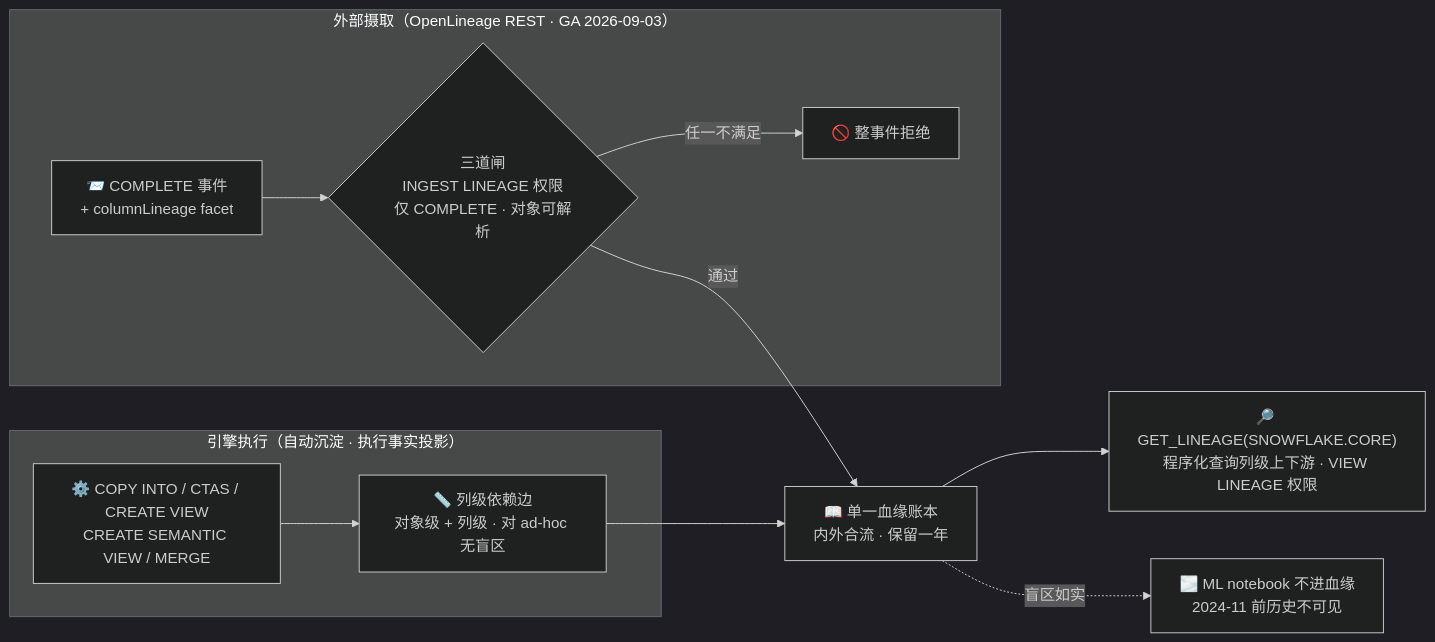
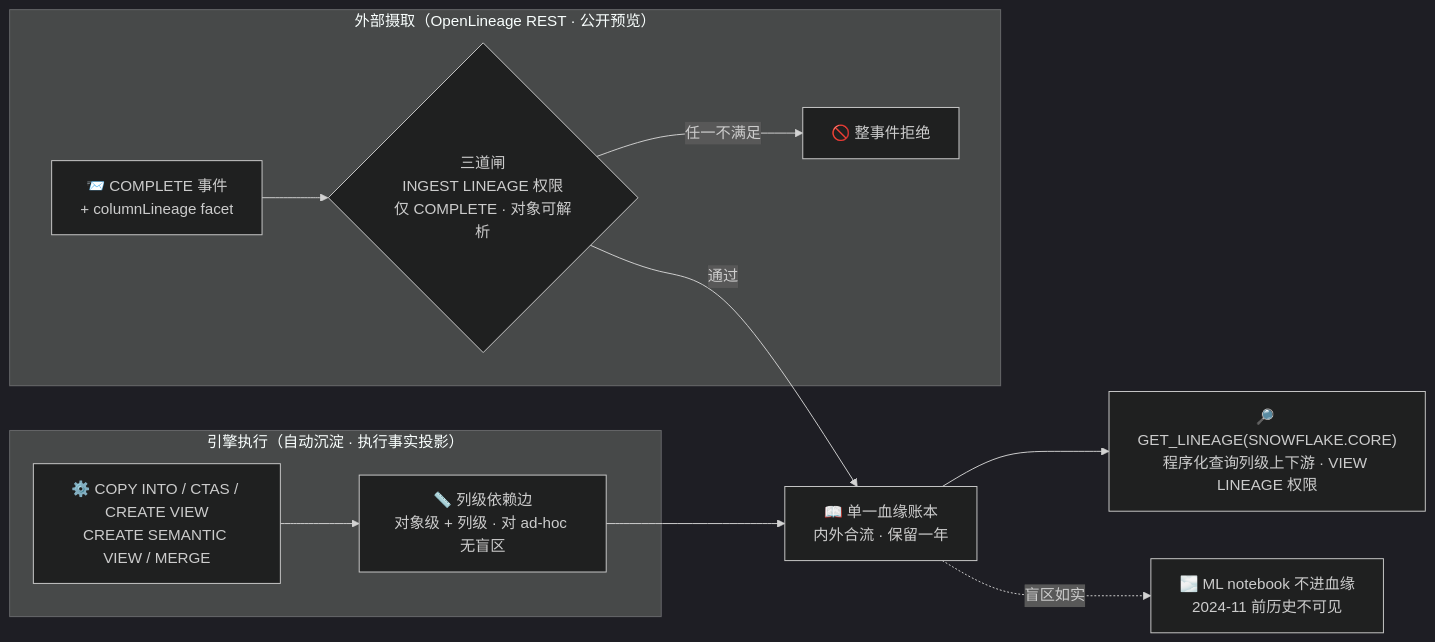
One commit to ThreeFish-AI/negentropy changed the diagram in docs/assets/mermaid/cognitive-context/horizon-context--lineage-ledger.mmd. Above: the diagram before and after it, drawn with Mermaid (dark theme). The commit also changed 16 other files, not shown here.

First line of the commit message:
fix(horizon-context): 落实四条评审意见——OpenLineage 端点状态口径统一、validate_view 速查表纠偏、里程碑日期分桶、mmd 取证锚点重锚;

```diff
--- a/docs/assets/mermaid/cognitive-context/horizon-context--lineage-ledger.mmd
+++ b/docs/assets/mermaid/cognitive-context/horizon-context--lineage-ledger.mmd
@@ -1,17 +1,17 @@
-%%source: docs/research/cognitive-context/011-horizon-context.md#blockM5 (L363-L398, §7 M5 · 端到端列级血缘)
+%%source: docs/research/cognitive-context/011-horizon-context.md#blockM5 (L367-L403, §7 M5 · 端到端列级血缘)
 %%slug: cognitive-context/horizon-context--lineage-ledger
 %%type: dataflow
 %%derived: archify dataflow v1, authored from source mermaid
 %% fix: (2026-09-17 重评选新图) 全景级角色转正：引擎执行自动沉淀列级边 + OpenLineage REST 三道闸摄取 + 内外单一账本 + GET_LINEAGE 取数 + 盲区如实标注
 flowchart LR
     subgraph "引擎执行（自动沉淀 · 执行事实投影）"
         SQL["⚙️ COPY INTO / CTAS / CREATE VIEW<br/>CREATE SEMANTIC VIEW / MERGE"] --> EDG["📏 列级依赖边<br/>对象级 + 列级 · 对 ad-hoc 无盲区"]
     end
-    subgraph "外部摄取（OpenLineage REST · GA 2026-09-03）"
+    subgraph "外部摄取（OpenLineage REST · 公开预览）"
         EVT["📨 COMPLETE 事件<br/>+ columnLineage facet"] --> GATE{"三道闸<br/>INGEST LINEAGE 权限<br/>仅 COMPLETE · 对象可解析"}
         GATE -->|"任一不满足"| REJ["🚫 整事件拒绝"]
     end
     EDG --> LEDGER["📖 单一血缘账本<br/>内外合流 · 保留一年"]
     GATE -->|"通过"| LEDGER
     LEDGER --> Q["🔎 GET_LINEAGE(SNOWFLAKE.CORE)<br/>程序化查询列级上下游 · VIEW LINEAGE 权限"]
     LEDGER -.->|"盲区如实"| BLIND["🌫️ ML notebook 不进血缘<br/>2024-11 前历史不可见"]
```
